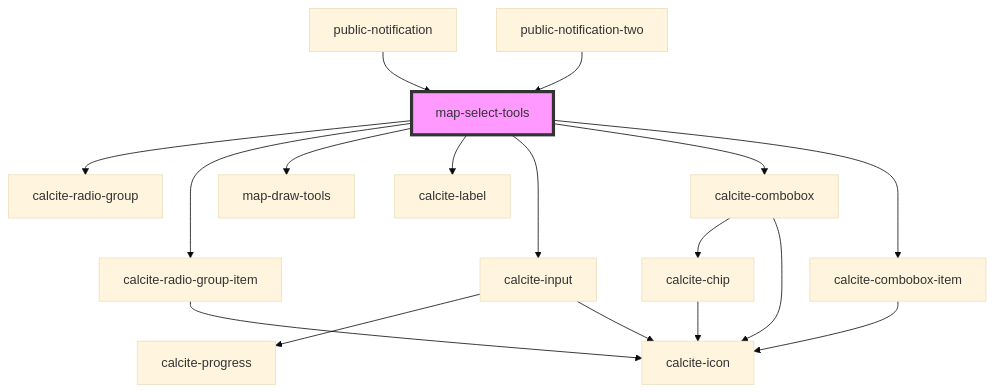
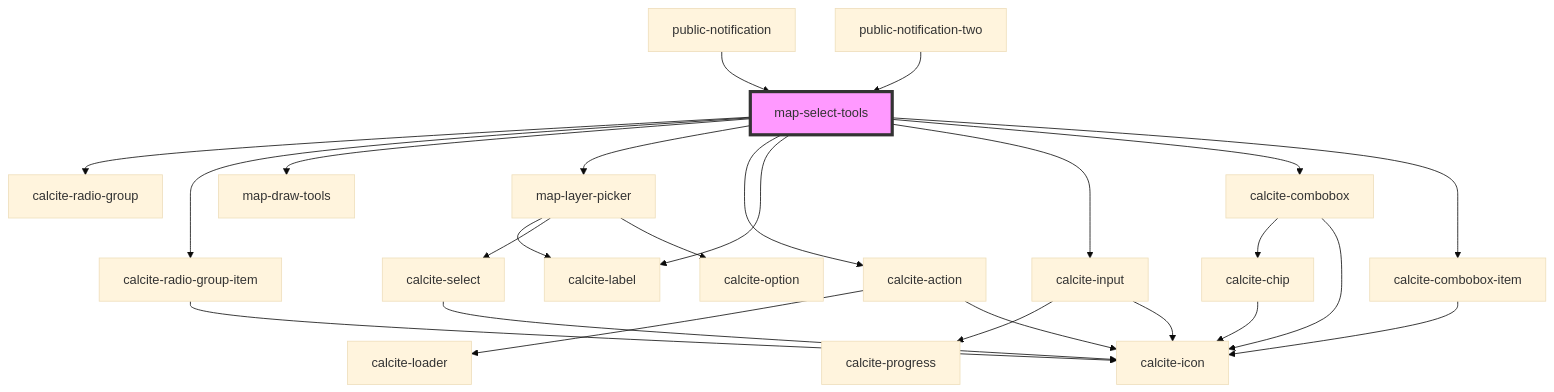
One commit to Esri/solutions-components changed the diagram in src/components/map-select-tools/readme.md. Above: the diagram before and after it, drawn with Mermaid (base theme). The commit also changed other lines of this file and 8 other files, not shown here.

Commit message:
updates for map select

````diff
--- a/src/components/map-select-tools/readme.md
+++ b/src/components/map-select-tools/readme.md
@@ -45,20 +48,28 @@
 ```mermaid
 graph TD;
   map-select-tools --> calcite-radio-group
   map-select-tools --> calcite-radio-group-item
   map-select-tools --> map-draw-tools
+  map-select-tools --> map-layer-picker
+  map-select-tools --> calcite-action
   map-select-tools --> calcite-label
   map-select-tools --> calcite-input
   map-select-tools --> calcite-combobox
   map-select-tools --> calcite-combobox-item
   calcite-radio-group-item --> calcite-icon
+  map-layer-picker --> calcite-label
+  map-layer-picker --> calcite-select
+  map-layer-picker --> calcite-option
+  calcite-select --> calcite-icon
+  calcite-action --> calcite-loader
+  calcite-action --> calcite-icon
   calcite-input --> calcite-progress
   calcite-input --> calcite-icon
   calcite-combobox --> calcite-chip
   calcite-combobox --> calcite-icon
   calcite-chip --> calcite-icon
   calcite-combobox-item --> calcite-icon
   public-notification --> map-select-tools
   public-notification-two --> map-select-tools
   style map-select-tools fill:#f9f,stroke:#333,stroke-width:4px
 ```
````
